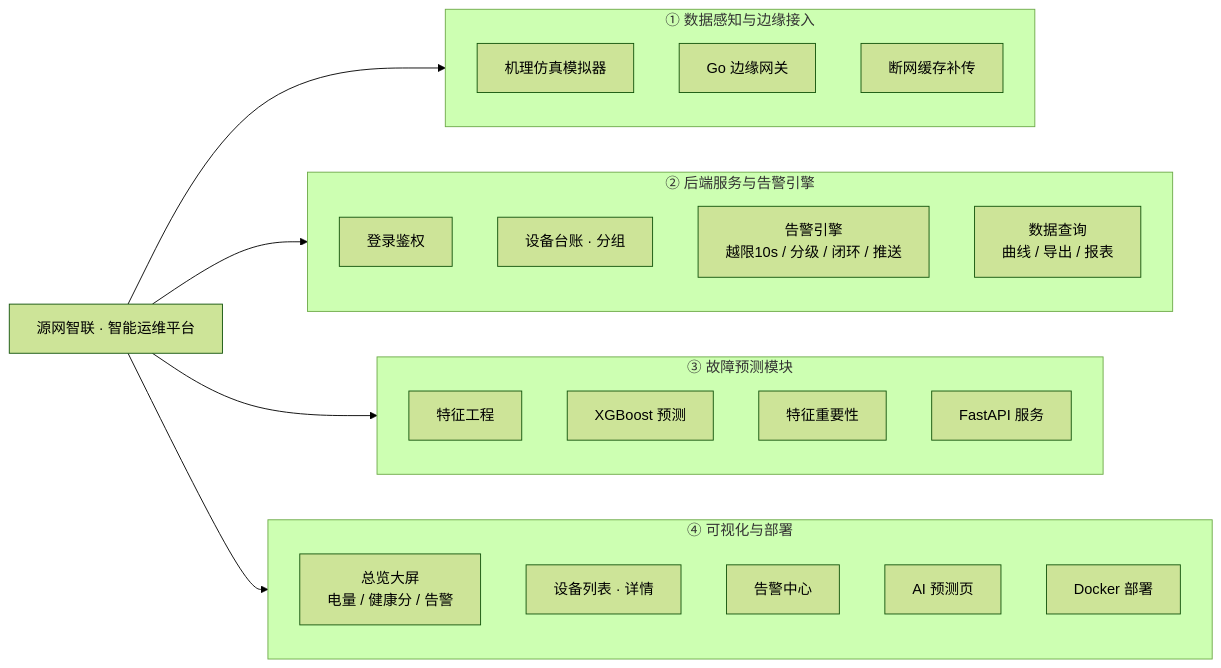
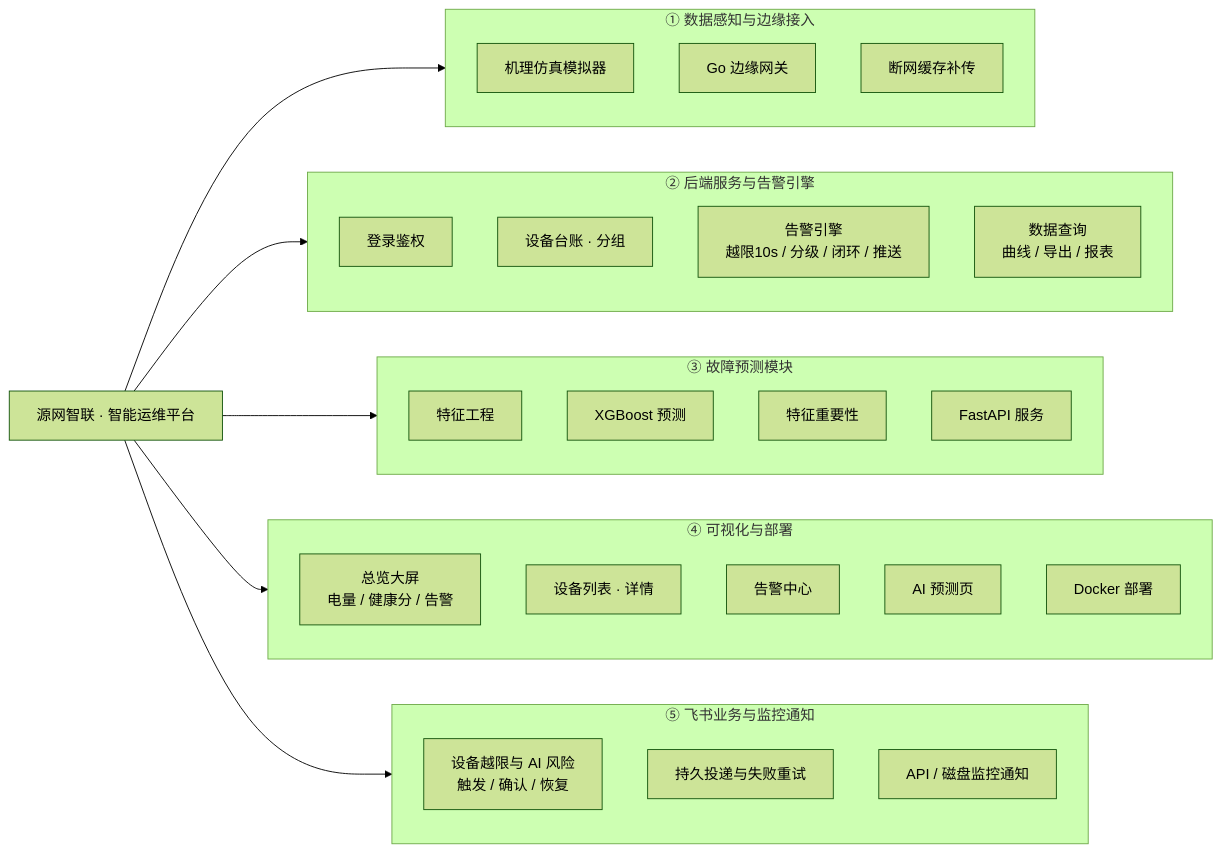
The diagram in 需求分析/05-功能结构图.md (Cyan-carp/PowerSystem), drawn with Mermaid (forest theme) before and after one commit. The commit also changed other lines of this file and 68 other files, not shown here.

````diff
--- a/需求分析/05-功能结构图.md
+++ b/需求分析/05-功能结构图.md
@@ -21,37 +21,44 @@
 ```mermaid
 flowchart LR
     ROOT["源网智联 · 智能运维平台"]
 
     ROOT --> A
     ROOT --> B
     ROOT --> C
     ROOT --> D
+    ROOT --> E
 
     subgraph A["① 数据感知与边缘接入"]
         A1["机理仿真模拟器"]
         A2["Go 边缘网关"]
         A3["断网缓存补传"]
     end
 
     subgraph B["② 后端服务与告警引擎"]
         B1["登录鉴权"]
         B2["设备台账 · 分组"]
         B3["告警引擎<br/>越限10s / 分级 / 闭环 / 推送"]
         B4["数据查询<br/>曲线 / 导出 / 报表"]
     end
 
     subgraph C["③ 故障预测模块"]
         C1["特征工程"]
         C2["XGBoost 预测"]
         C3["特征重要性"]
         C4["FastAPI 服务"]
     end
 
     subgraph D["④ 可视化与部署"]
         D1["总览大屏<br/>电量 / 健康分 / 告警"]
         D2["设备列表 · 详情"]
         D3["告警中心"]
         D4["AI 预测页"]
         D5["Docker 部署"]
     end
+
+    subgraph E["⑤ 飞书业务与监控通知"]
+        E1["设备越限与 AI 风险\n触发 / 确认 / 恢复"]
+        E2["持久投递与失败重试"]
+        E3["API / 磁盘监控通知"]
+    end
 ```
````
